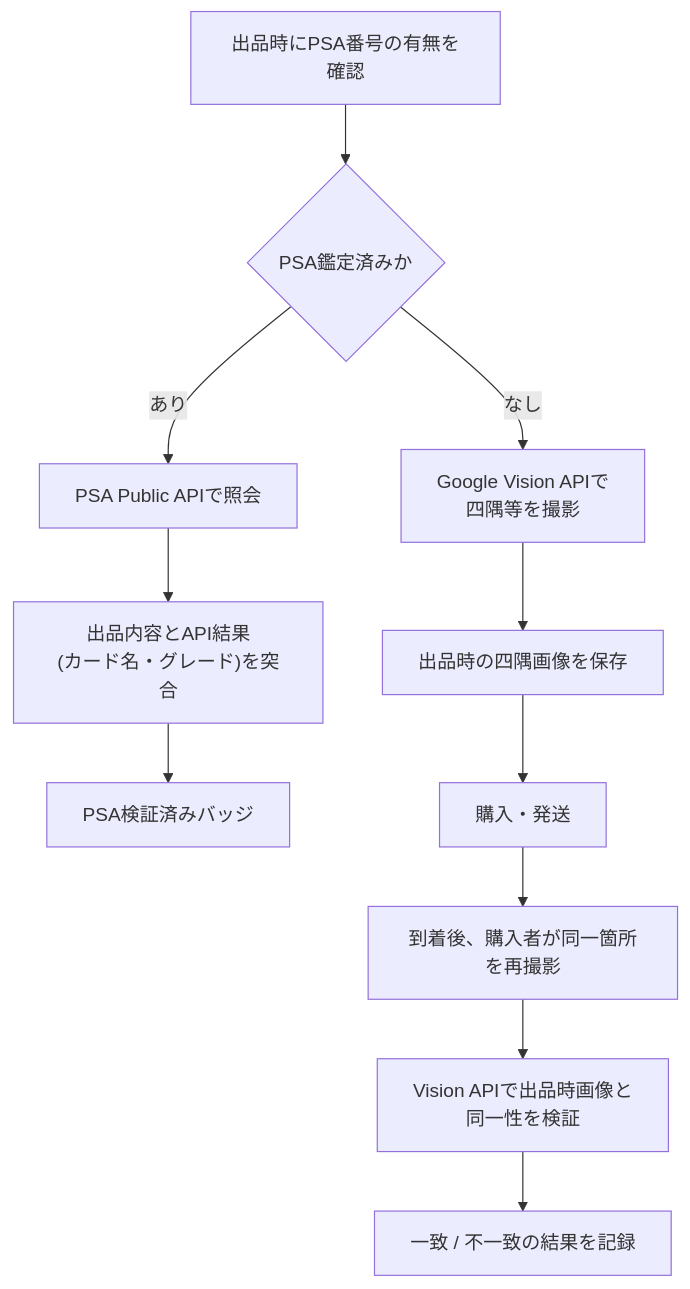
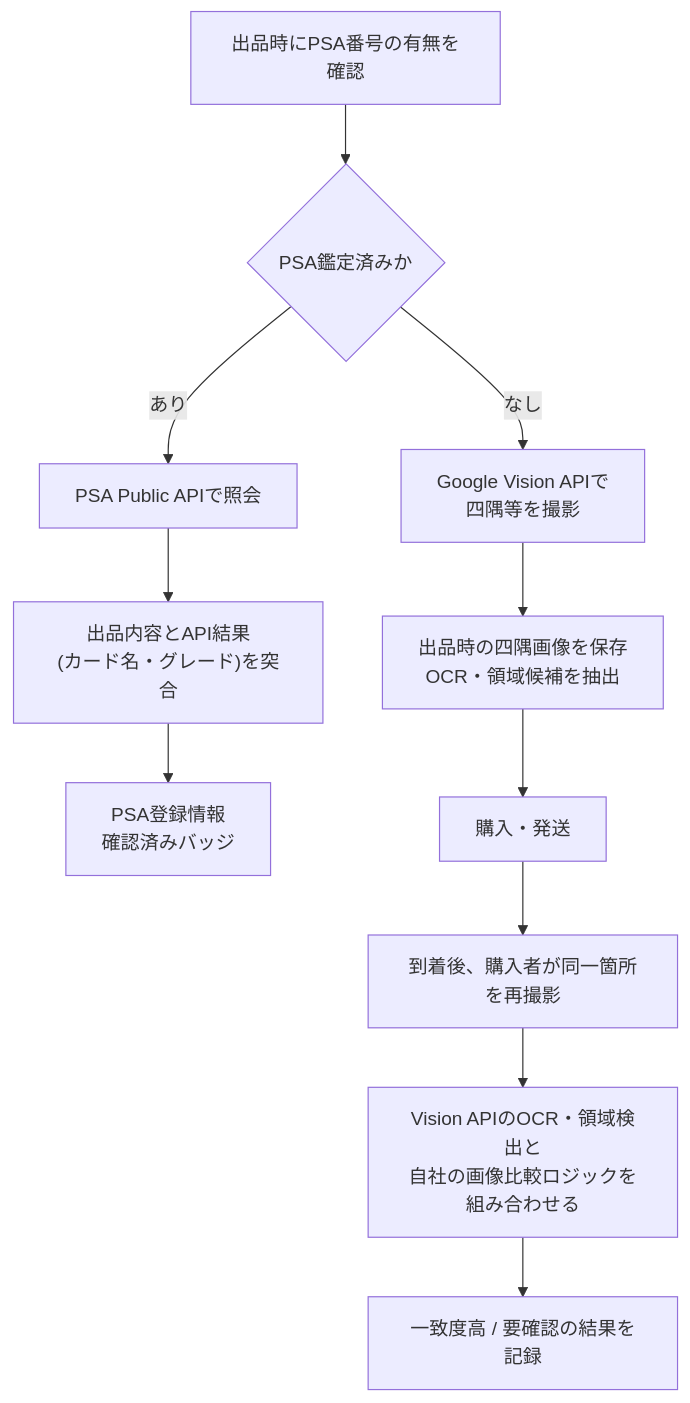
One commit to study-basic-hackathon/trust-ca changed the third of 6 diagrams in docs/design/system-architecture.md. Above: the diagram before and after it, drawn with Mermaid. The commit also changed other lines of this file and 4 other files, not shown here.

````diff
--- a/docs/design/system-architecture.md
+++ b/docs/design/system-architecture.md
@@ -165,15 +166,15 @@
 ```mermaid
 flowchart TD
     Start[出品時にPSA番号の有無を確認] --> HasPSA{PSA鑑定済みか}
     HasPSA -- あり --> PSAPath[PSA Public APIで照会]
     HasPSA -- なし --> VisionPath[Google Vision APIで<br/>四隅等を撮影]
 
     PSAPath --> PSACompare["出品内容とAPI結果<br/>(カード名・グレード)を突合"]
-    PSACompare --> PSABadge["PSA検証済みバッジ"]
+    PSACompare --> PSABadge["PSA登録情報<br/>確認済みバッジ"]
 
-    VisionPath --> Store["出品時の四隅画像を保存"]
+    VisionPath --> Store["出品時の四隅画像を保存<br/>OCR・領域候補を抽出"]
     Store --> Ship["購入・発送"]
     Ship --> Reshoot["到着後、購入者が同一箇所を再撮影"]
-    Reshoot --> VisionCompare["Vision APIで出品時画像と<br/>同一性を検証"]
-    VisionCompare --> VisionResult["一致 / 不一致の結果を記録"]
+    Reshoot --> VisionCompare["Vision APIのOCR・領域検出と<br/>自社の画像比較ロジックを組み合わせる"]
+    VisionCompare --> VisionResult["一致度高 / 要確認の結果を記録"]
 ```
````
